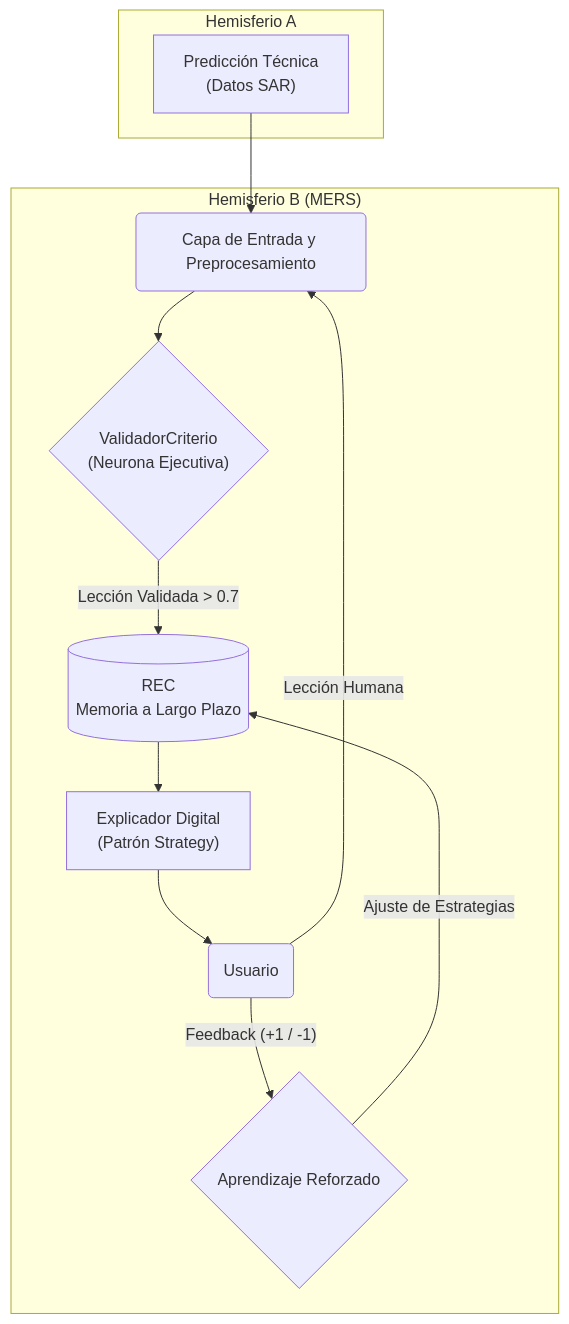
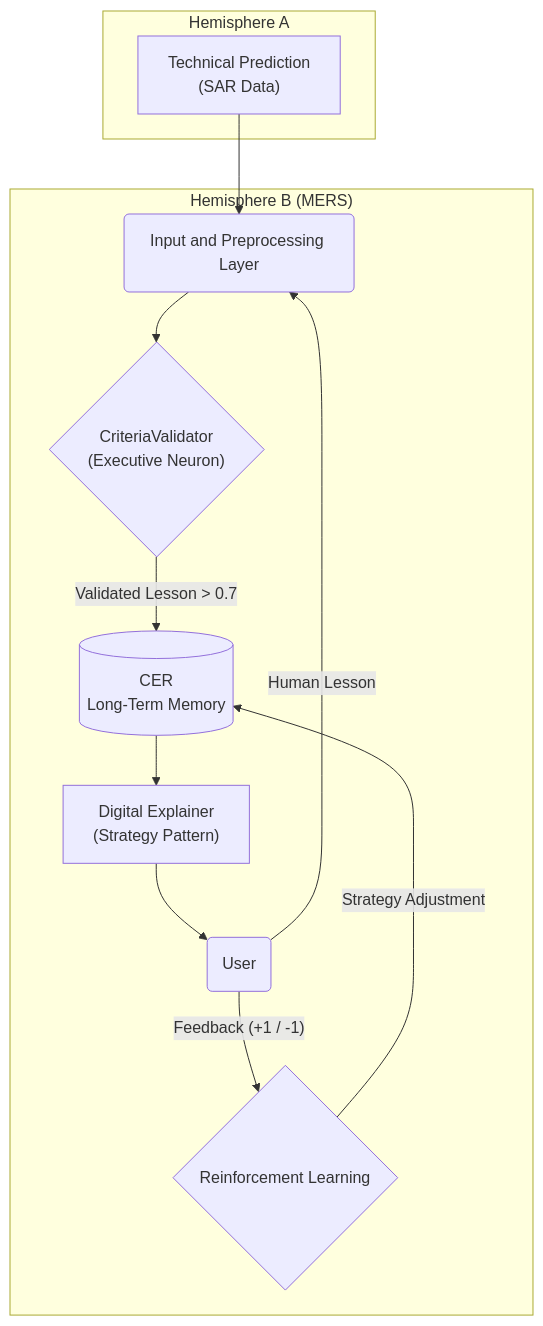
Before and after one commit to Luciernaga-Sabionda/MERS_IASi_STUDY: the diagram in README.md, drawn with Mermaid. The commit also changed other lines of this file and 18 other files, not shown here.

````diff
--- a/README.md
+++ b/README.md
@@ -142,24 +142,24 @@
 ```mermaid
 graph TD
-    subgraph "Hemisferio A"
-        A["Predicción Técnica<br>(Datos SAR)"]
+    subgraph "Hemisphere A"
+        A["Technical Prediction<br>(SAR Data)"]
     end
 
-    subgraph "Hemisferio B (MERS)"
-        B("Capa de Entrada y Preprocesamiento")
-        C{"ValidadorCriterio<br>(Neurona Ejecutiva)"}
-        D[("REC<br>Memoria a Largo Plazo")]
-        E["Explicador Digital<br>(Patrón Strategy)"]
-        F("Usuario")
-        G{"Aprendizaje Reforzado"}
+    subgraph "Hemisphere B (MERS)"
+        B("Input and Preprocessing Layer")
+        C{"CriteriaValidator<br>(Executive Neuron)"}
+        D[("CER<br>Long-Term Memory")]
+        E["Digital Explainer<br>(Strategy Pattern)"]
+        F("User")
+        G{"Reinforcement Learning"}
     end
 
     A --> B
-    F -- "Lección Humana" --> B
+    F -- "Human Lesson" --> B
     B --> C
-    C -- "Lección Validada > 0.7" --> D
+    C -- "Validated Lesson > 0.7" --> D
     D --> E
     E --> F
     F -- "Feedback (+1 / -1)" --> G
-    G -- "Ajuste de Estrategias" --> D
+    G -- "Strategy Adjustment" --> D
 ```
````
